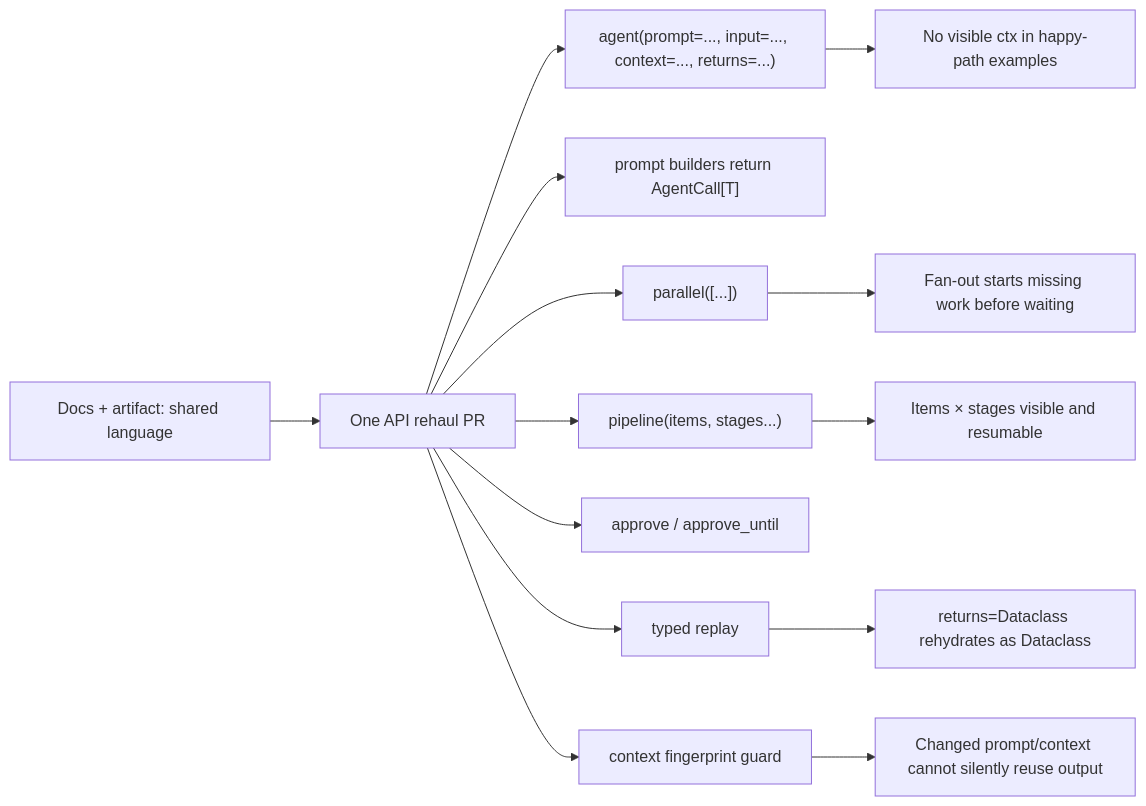
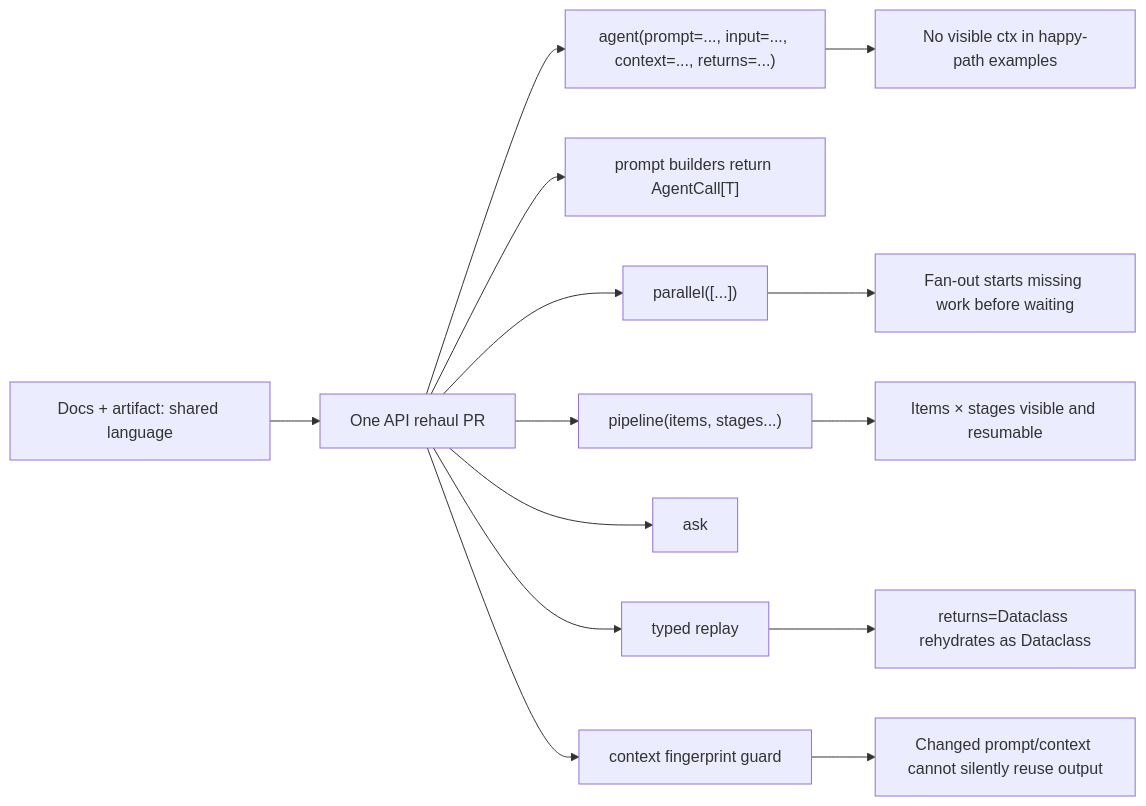
Before and after one commit to skylarbpayne/hermes-workflows: the tenth of 13 diagrams in docs/plans/2026-06-12-agent-parallel-pipeline-api-visual-plan.md, drawn with Mermaid. The commit also changed other lines of this file and 5 other files, not shown here.

First line of the commit message:
Remove approve_until authoring surface

````diff
--- a/docs/plans/2026-06-12-agent-parallel-pipeline-api-visual-plan.md
+++ b/docs/plans/2026-06-12-agent-parallel-pipeline-api-visual-plan.md
@@ -382,18 +382,18 @@
 ```mermaid
 flowchart LR
     P0["Docs + artifact: shared language"] --> P1["One API rehaul PR"]
 
     P1 --> A["agent(prompt=..., input=..., context=..., returns=...)"]
     P1 --> B["prompt builders return AgentCall[T]"]
     P1 --> C["parallel([...])"]
     P1 --> D["pipeline(items, stages...)"]
-    P1 --> E["approve / approve_until"]
+    P1 --> E["ask"]
     P1 --> F["typed replay"]
     P1 --> G["context fingerprint guard"]
 
     A --> T1["No visible ctx in happy-path examples"]
     C --> T2["Fan-out starts missing work before waiting"]
     D --> T3["Items × stages visible and resumable"]
     F --> T4["returns=Dataclass rehydrates as Dataclass"]
     G --> T5["Changed prompt/context cannot silently reuse output"]
 ```
````
